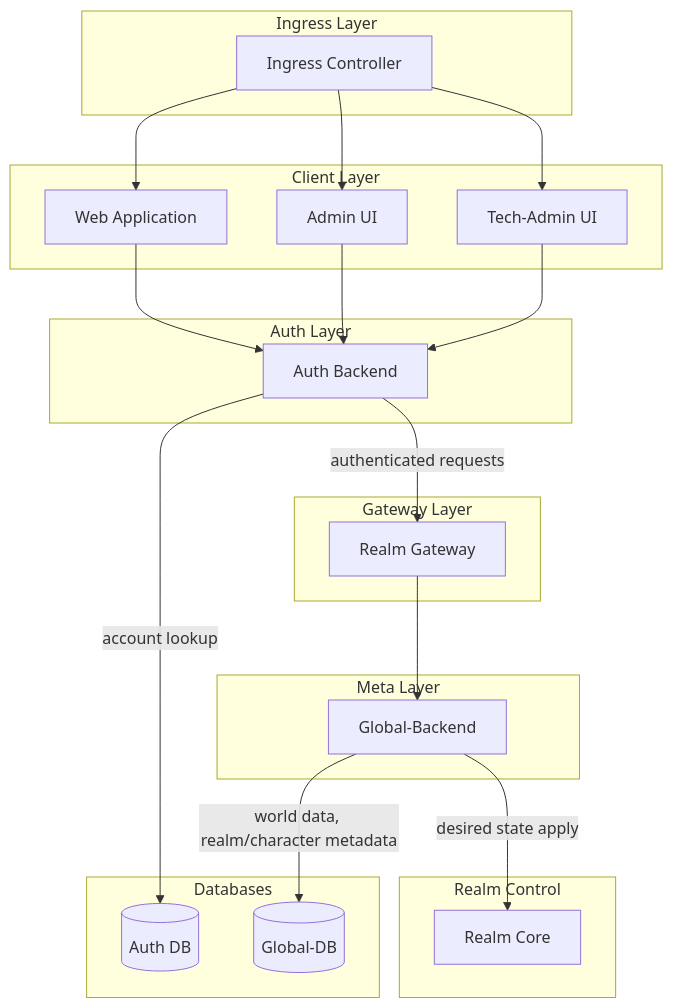
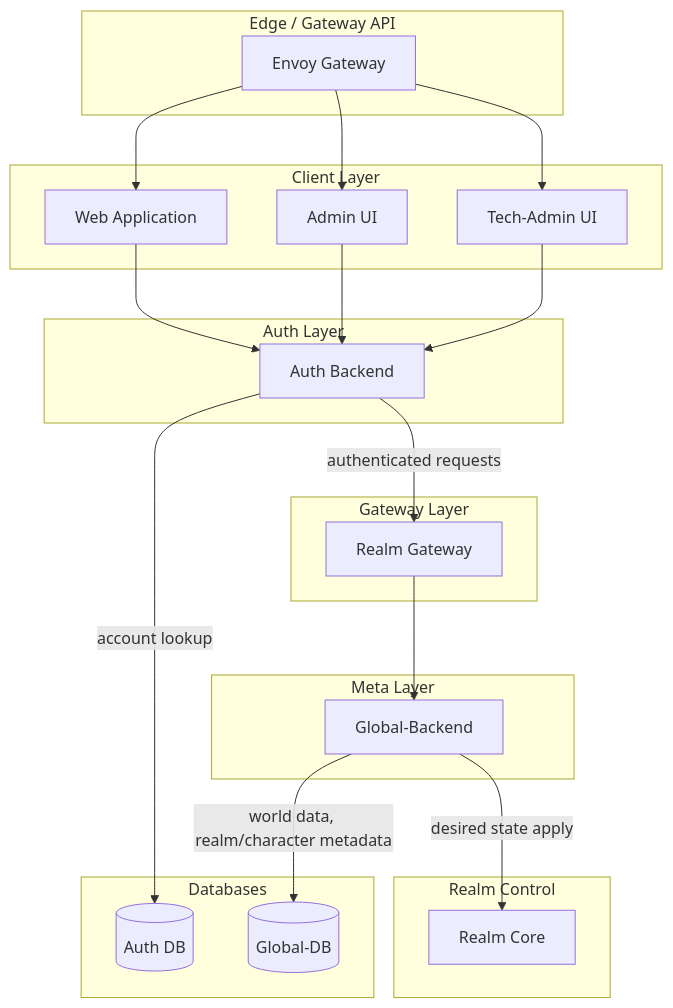
Before and after one commit to echoes-of-order/echoes-of-order-docs: the second of 4 diagrams in architecture.md, drawn with Mermaid. The commit also changed other lines of this file and 8 other files, not shown here.

````diff
--- a/architecture.md
+++ b/architecture.md
@@ -59,39 +57,39 @@
 ```mermaid
 flowchart TB
-    subgraph ingress[Ingress Layer]
-        ing[Ingress Controller]
+    subgraph ingress[Edge / Gateway API]
+        ing[Envoy Gateway]
     end
     subgraph clients[Client Layer]
         web[Web Application]
         admin[Admin UI]
         tech[Tech-Admin UI]
     end
     subgraph auth[Auth Layer]
         authb[Auth Backend]
     end
     subgraph gateway[Gateway Layer]
         rgw[Realm Gateway]
     end
     subgraph meta[Meta Layer]
         gb[Global-Backend]
     end
     subgraph realm[Realm Control]
         rc[Realm Core]
     end
     subgraph dbs[Databases]
         authdb[(Auth DB)]
         globaldb[(Global-DB)]
     end
 
     ing --> web
     ing --> admin
     ing --> tech
     web --> authb
     admin --> authb
     tech --> authb
     authb -->|account lookup| authdb
     authb -->|authenticated requests| rgw
     rgw --> gb
     gb -->|world data, realm/character metadata| globaldb
     gb -->|desired state apply| rc
 ```
````
